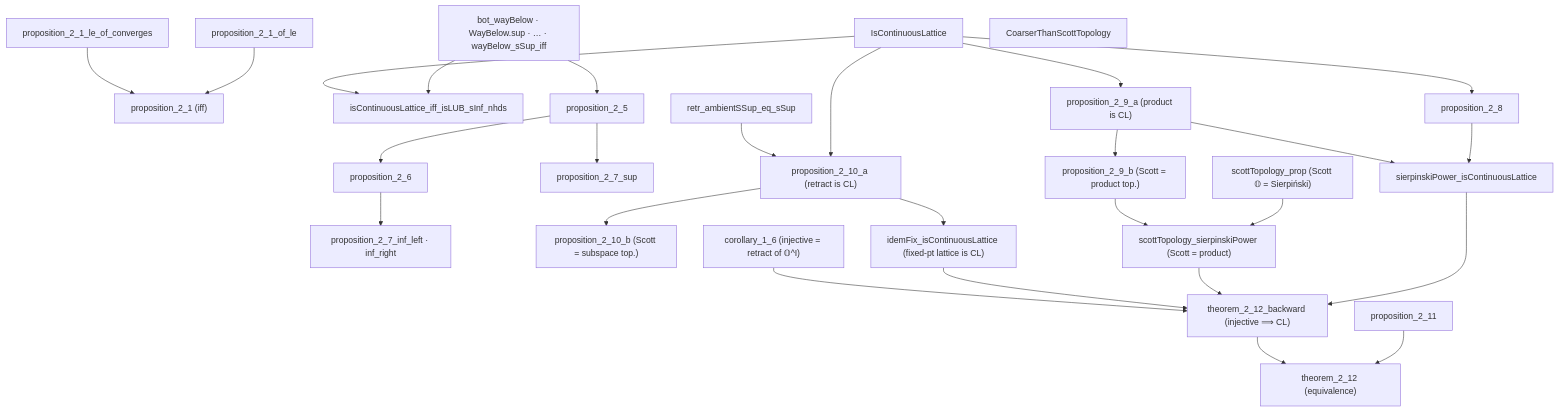
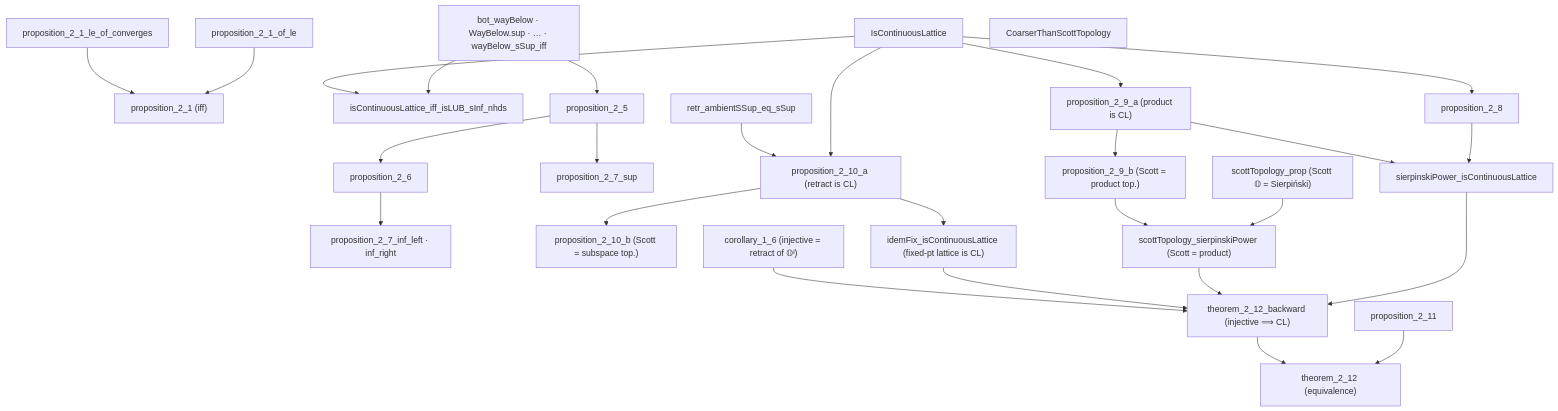
One commit to catskillsresearch/domain_theory changed the fourth of 9 diagrams in arxiv.md. Above: the diagram before and after it, drawn with Mermaid. The commit also changed other lines of this file and 2 other files, not shown here.

````diff
--- a/arxiv.md
+++ b/arxiv.md
@@ -372,54 +372,54 @@
 ```mermaid
 flowchart TD
   P22["bot_wayBelow · WayBelow.sup · … · wayBelow_sSup_iff"]
   P21b["proposition_2_1_of_le"]
   P21f["proposition_2_1_le_of_converges"]
   P21["proposition_2_1 (iff)"]
   D23["IsContinuousLattice"]
   P24["isContinuousLattice_iff_isLUB_sInf_nhds"]
   P25["proposition_2_5"]
   P26["proposition_2_6"]
   P27s["proposition_2_7_sup"]
   P27i["proposition_2_7_inf_left · inf_right"]
   P28["proposition_2_8"]
   P29a["proposition_2_9_a (product is CL)"]
   P29b["proposition_2_9_b (Scott = product top.)"]
   P210a["proposition_2_10_a (retract is CL)"]
   P210b["proposition_2_10_b (Scott = subspace top.)"]
   P210L["retr_ambientSSup_eq_sSup"]
   P211["proposition_2_11"]
   SCP["scottTopology_prop (Scott 𝕆 = Sierpiński)"]
   SPCL["sierpinskiPower_isContinuousLattice"]
   SCPP["scottTopology_sierpinskiPower (Scott = product)"]
   IDEM["idemFix_isContinuousLattice (fixed-pt lattice is CL)"]
-  C16["corollary_1_6 (injective = retract of 𝕆^I)"]
+  C16["corollary_1_6 (injective = retract of 𝕆ᴵ)"]
   T212b["theorem_2_12_backward (injective ⟹ CL)"]
   T212["theorem_2_12 (equivalence)"]
   MIL["CoarserThanScottTopology"]
 
   P22 --> P24
   D23 --> P24
   P22 --> P25
   P25 --> P26
   P26 --> P27i
   P25 --> P27s
   D23 --> P28
   D23 --> P29a
   P29a --> P29b
   D23 --> P210a
   P210L --> P210a
   P210a --> P210b
   P28 --> SPCL
   P29a --> SPCL
   SCP --> SCPP
   P29b --> SCPP
   P210a --> IDEM
   SPCL --> T212b
   SCPP --> T212b
   IDEM --> T212b
   C16 --> T212b
   P211 --> T212
   T212b --> T212
   P21b --> P21
   P21f --> P21
 ```
````
